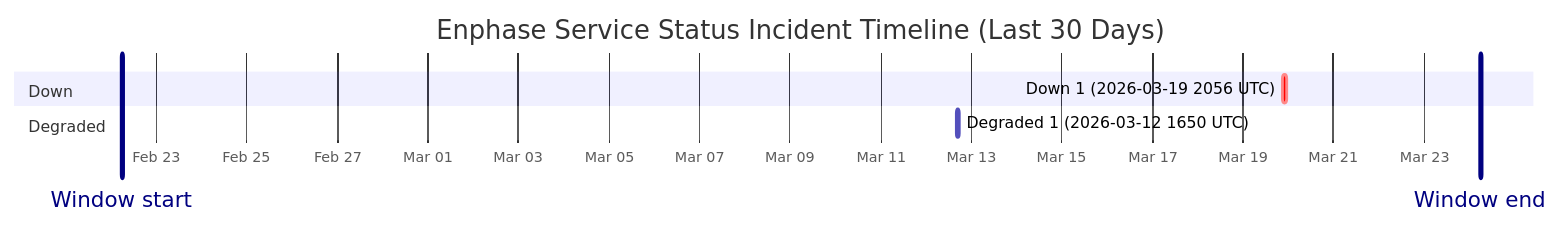
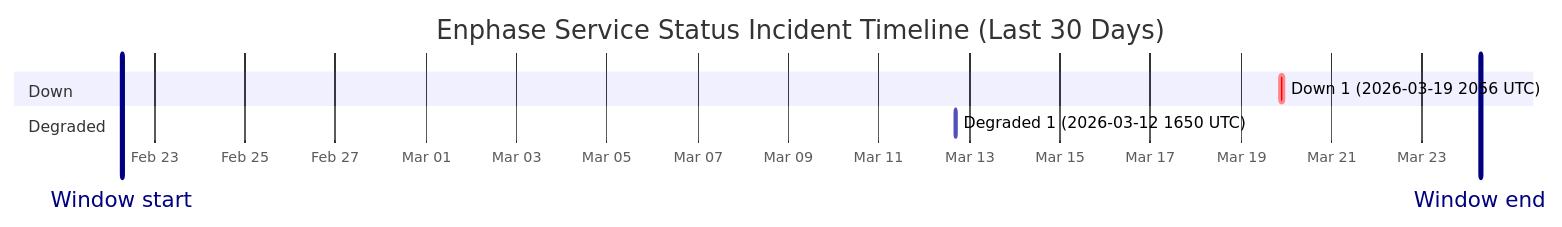
Before and after one commit to barneyonline/ha-enphase-ev-charger: the diagram in wiki/Service-Status-History.md, drawn with Mermaid. The commit also changed other lines of this file and 3 other files, not shown here.

````diff
--- a/wiki/Service-Status-History.md
+++ b/wiki/Service-Status-History.md
@@ -14,12 +14,12 @@
 ```mermaid
 gantt
     title Enphase Service Status Incident Timeline (Last 30 Days)
     dateFormat  YYYY-MM-DDTHH:mm:ss
     axisFormat  %b %d
-    Window start :vert, window-start, 2026-02-22T05:53:50, 0ms
-    Window end :vert, window-end, 2026-03-24T05:53:50, 0ms
+    Window start :vert, window-start, 2026-02-22T06:53:05, 0ms
+    Window end :vert, window-end, 2026-03-24T06:53:05, 0ms
     section Down
     Down 1 (2026-03-19 2056 UTC) :crit, down-1, 2026-03-19T20:56:20, 145m
     section Degraded
     Degraded 1 (2026-03-12 1650 UTC) :active, degraded-1, 2026-03-12T16:50:43, 60m
 ```
````
